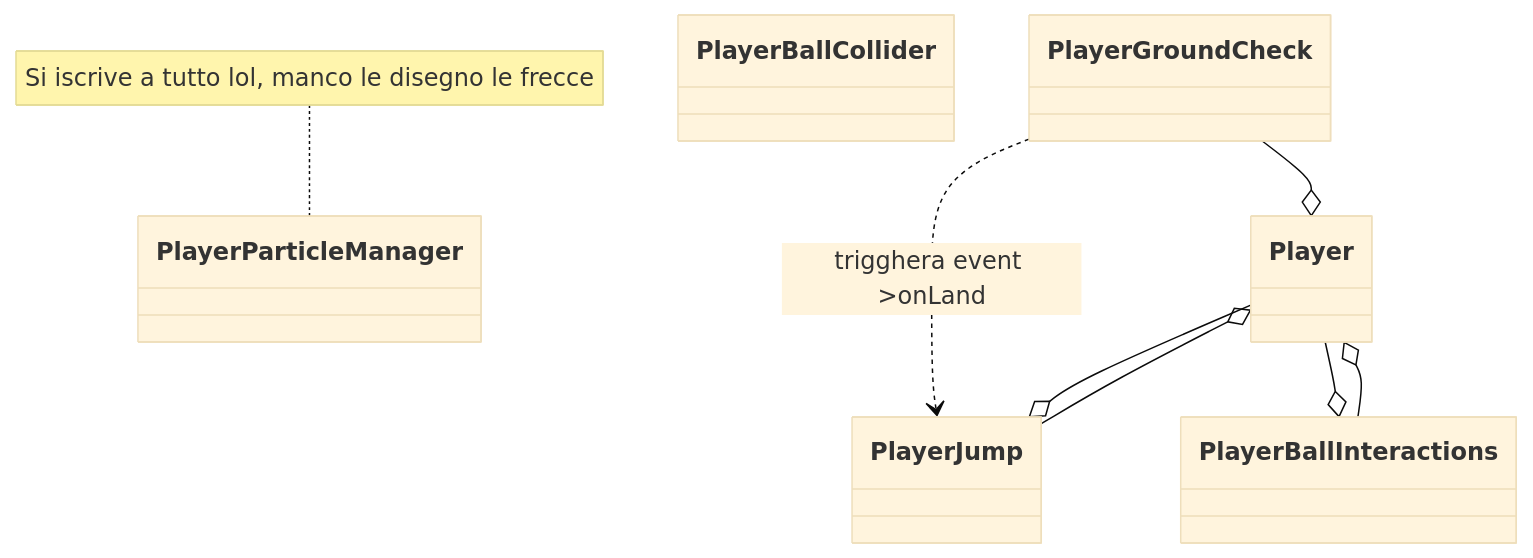
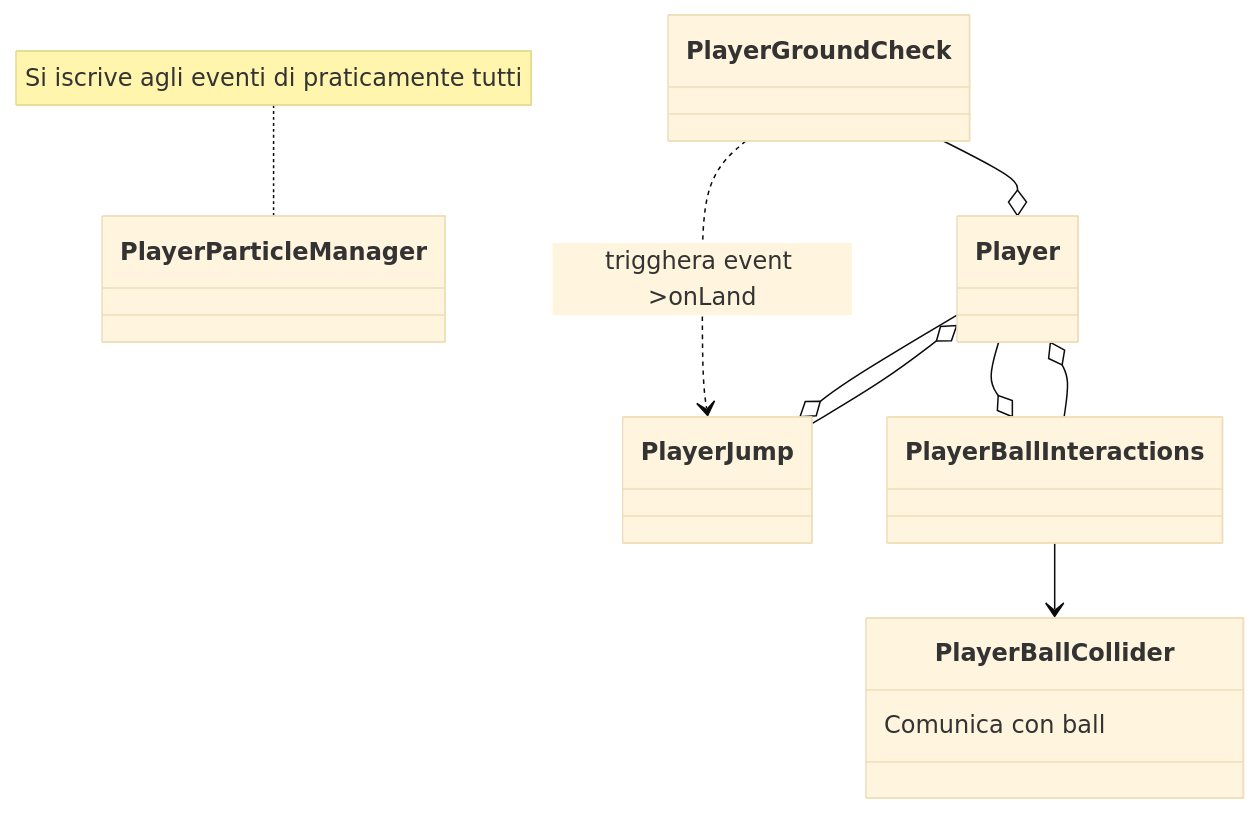
One commit to 0pow-pow0/RumbleSmash changed the diagram in Assets/Scripts/Player/PlayerScriptsLogic.md. Above: the diagram before and after it, drawn with Mermaid (base theme). The commit also changed 273 other files, not shown here.

````diff
--- a/Assets/Scripts/Player/PlayerScriptsLogic.md
+++ b/Assets/Scripts/Player/PlayerScriptsLogic.md
@@ -1,47 +1,50 @@
 ```mermaid
 classDiagram
 
 class PlayerParticleManager {
 
 }
 class Player {
 
 }
 
 class PlayerJump {
 
 }
 
 class PlayerBallInteractions {
 
 }
 
 class PlayerGroundCheck { 
 
 }
 
 class PlayerBallCollider {
-
+    Comunica con ball
 }
 
 
 
 
 
 
 
 
 PlayerGroundCheck ..> PlayerJump : trigghera event >onLand
 PlayerGroundCheck --o Player
 
 PlayerJump --o Player
 PlayerBallInteractions --o Player
 
 Player --o PlayerJump
 Player --o PlayerBallInteractions
 
+PlayerBallInteractions --> PlayerBallCollider
 
-note for PlayerParticleManager "Si iscrive a tutto lol, manco le disegno le frecce"
+
+
+note for PlayerParticleManager "Si iscrive agli eventi di praticamente tutti"
 
 
 ```
````
